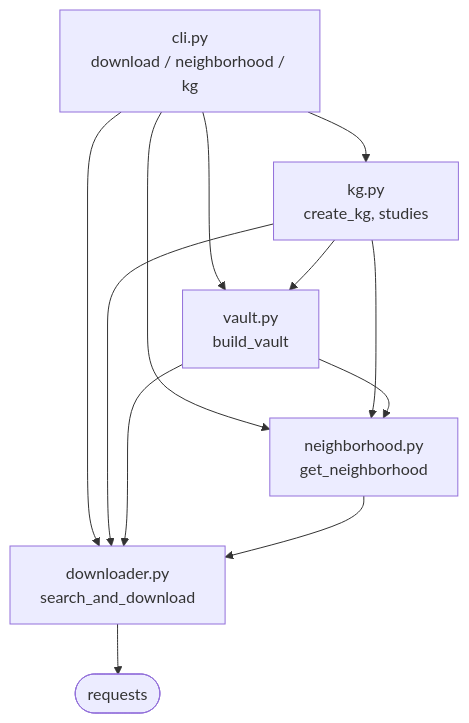
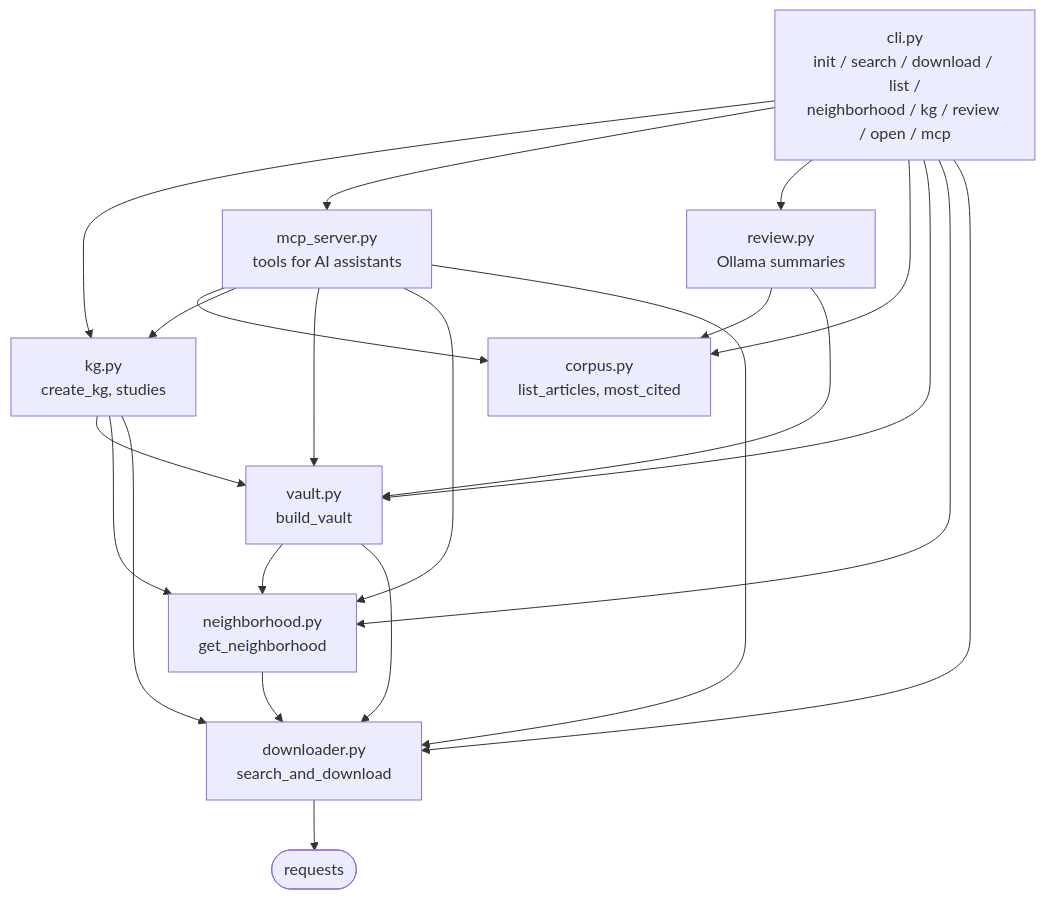
Before and after one commit to melhzy/pubmed-stream: the second of 10 diagrams in docs/ARCHITECTURE.md, drawn with Mermaid. The commit also changed other lines of this file and 22 other files, not shown here.

First line of the commit message:
docs: Add the AI assistant tutorial for medical students, with charts

````diff
--- a/docs/ARCHITECTURE.md
+++ b/docs/ARCHITECTURE.md
@@ -75,14 +88,24 @@
 ```mermaid
 flowchart TB
-    CLI["cli.py<br/>download / neighborhood / kg"] --> KG["kg.py<br/>create_kg, studies"]
+    M["mcp_server.py<br/>tools for AI assistants"] --> C
+    M --> KG
+    M --> V
+    M --> N
+    M --> D
+    CLI["cli.py<br/>init / search / download / list /<br/>neighborhood / kg / review / open / mcp"] --> KG["kg.py<br/>create_kg, studies"]
+    CLI --> M
+    CLI --> RV["review.py<br/>Ollama summaries"]
+    RV --> C
+    RV --> V
+    CLI --> C["corpus.py<br/>list_articles, most_cited"]
     CLI --> V
     CLI --> N
     CLI --> D
     KG --> V["vault.py<br/>build_vault"]
     KG --> N["neighborhood.py<br/>get_neighborhood"]
     KG --> D["downloader.py<br/>search_and_download"]
     V --> N
     V --> D
     N --> D
     D --> R(["requests"])
 ```
````
